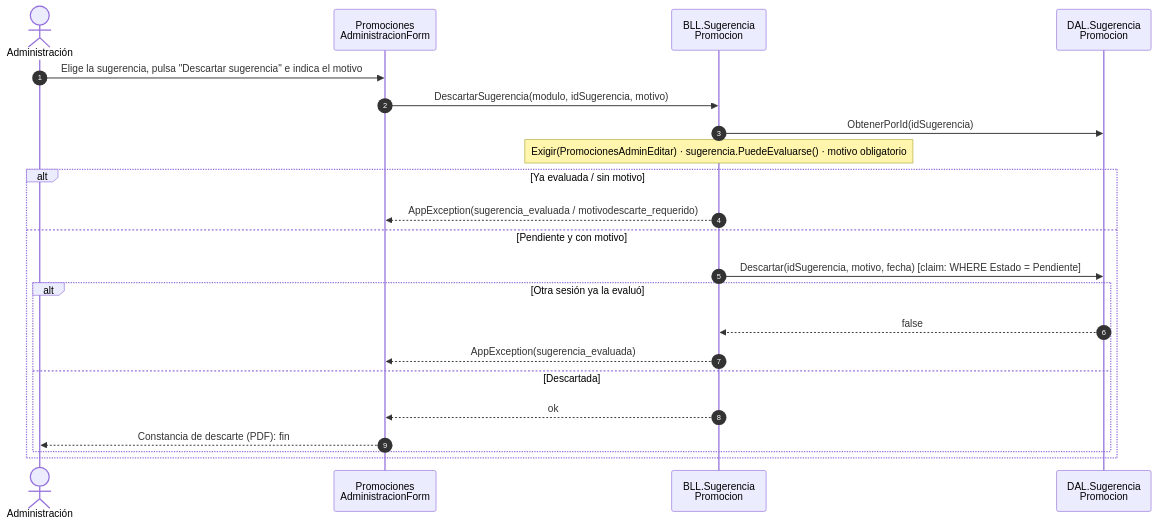
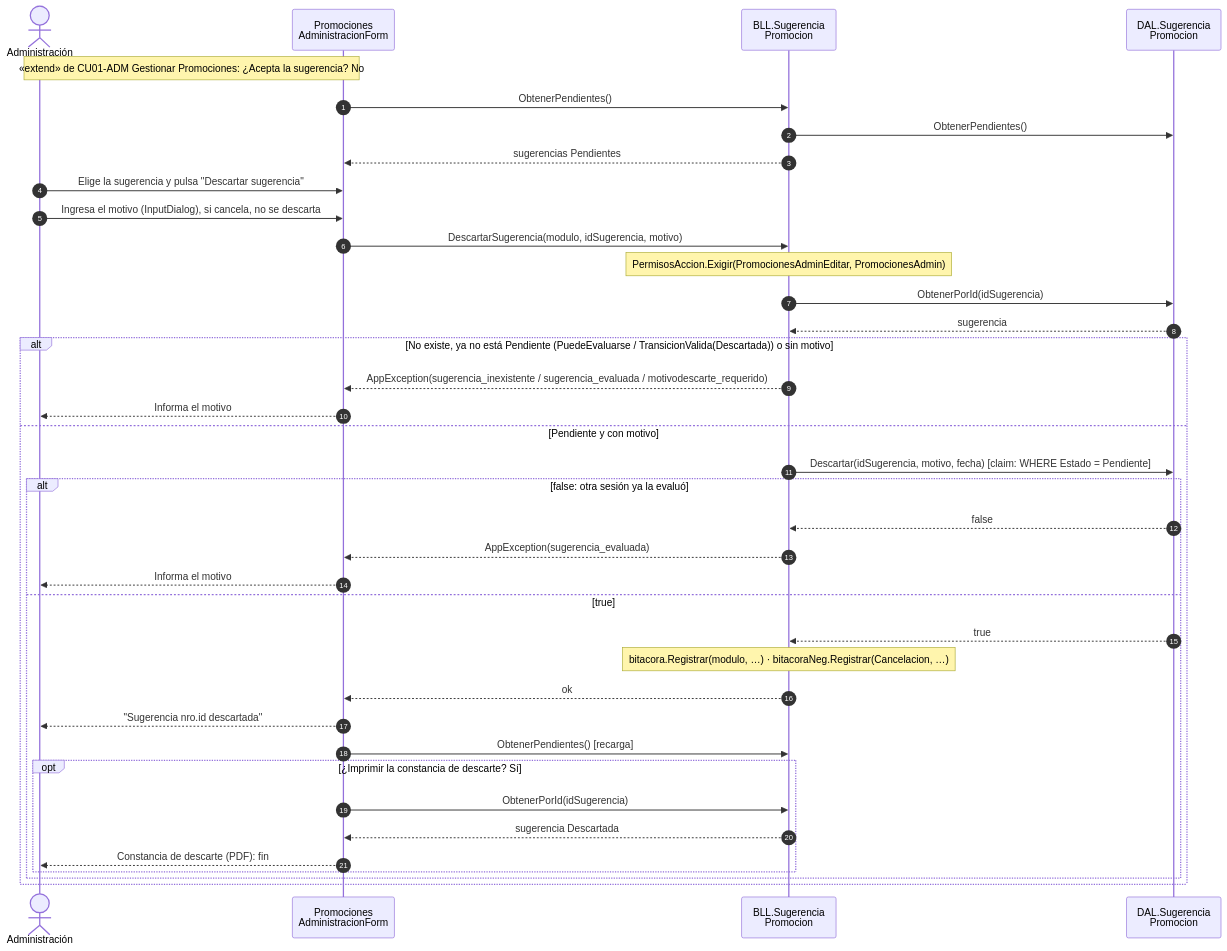
Before and after one commit to valentinamorana/Trabajo-de-Diploma: the diagram in docs/diagramas/mermaid/DSS_PN03_CU03_ADM_DescartarSugerencia.mmd, drawn with Mermaid. The commit also changed 183 other files, not shown here.

First line of the commit message:
Correcciones de la auditoria del 06/10: pedidos, contrataciones (cuotas, upgrade, anular), promociones, N01, moneda en pesos y menos PDF

```diff
--- a/docs/diagramas/mermaid/DSS_PN03_CU03_ADM_DescartarSugerencia.mmd
+++ b/docs/diagramas/mermaid/DSS_PN03_CU03_ADM_DescartarSugerencia.mmd
@@ -1,22 +1,38 @@
 sequenceDiagram
   autonumber
   actor A as Administración
   participant F as Promociones<br/>AdministracionForm
   participant B as BLL.Sugerencia<br/>Promocion
   participant D as DAL.Sugerencia<br/>Promocion
-  A->>F: Elige la sugerencia, pulsa "Descartar sugerencia" e indica el motivo
+  Note over A,F: «extend» de CU01-ADM Gestionar Promociones: ¿Acepta la sugerencia? No
+  F->>B: ObtenerPendientes()
+  B->>D: ObtenerPendientes()
+  B-->>F: sugerencias Pendientes
+  A->>F: Elige la sugerencia y pulsa "Descartar sugerencia"
+  A->>F: Ingresa el motivo (InputDialog), si cancela, no se descarta
   F->>B: DescartarSugerencia(modulo, idSugerencia, motivo)
+  Note over B: PermisosAccion.Exigir(PromocionesAdminEditar, PromocionesAdmin)
   B->>D: ObtenerPorId(idSugerencia)
-  Note over B: Exigir(PromocionesAdminEditar) · sugerencia.PuedeEvaluarse() · motivo obligatorio
-  alt Ya evaluada / sin motivo
-    B-->>F: AppException(sugerencia_evaluada / motivodescarte_requerido)
+  D-->>B: sugerencia
+  alt No existe, ya no está Pendiente (PuedeEvaluarse / TransicionValida(Descartada)) o sin motivo
+    B-->>F: AppException(sugerencia_inexistente / sugerencia_evaluada / motivodescarte_requerido)
+    F-->>A: Informa el motivo
   else Pendiente y con motivo
     B->>D: Descartar(idSugerencia, motivo, fecha)  [claim: WHERE Estado = Pendiente]
-    alt Otra sesión ya la evaluó
+    alt false: otra sesión ya la evaluó
       D-->>B: false
       B-->>F: AppException(sugerencia_evaluada)
-    else Descartada
+      F-->>A: Informa el motivo
+    else true
+      D-->>B: true
+      Note over B: bitacora.Registrar(modulo, …) · bitacoraNeg.Registrar(Cancelacion, …)
       B-->>F: ok
-      F-->>A: Constancia de descarte (PDF): fin
+      F-->>A: "Sugerencia nro.id descartada"
+      F->>B: ObtenerPendientes()  [recarga]
+      opt ¿Imprimir la constancia de descarte? Sí
+        F->>B: ObtenerPorId(idSugerencia)
+        B-->>F: sugerencia Descartada
+        F-->>A: Constancia de descarte (PDF): fin
+      end
     end
   end
```
